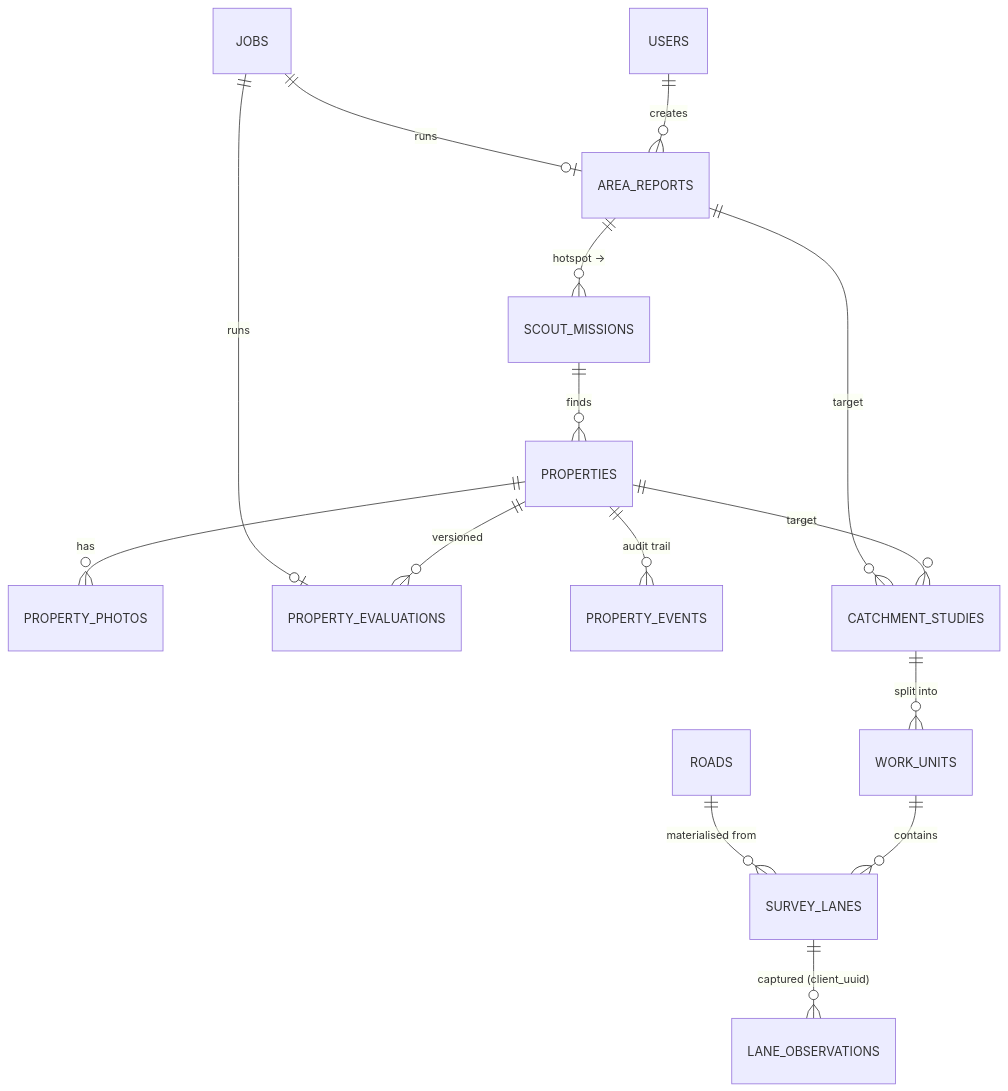
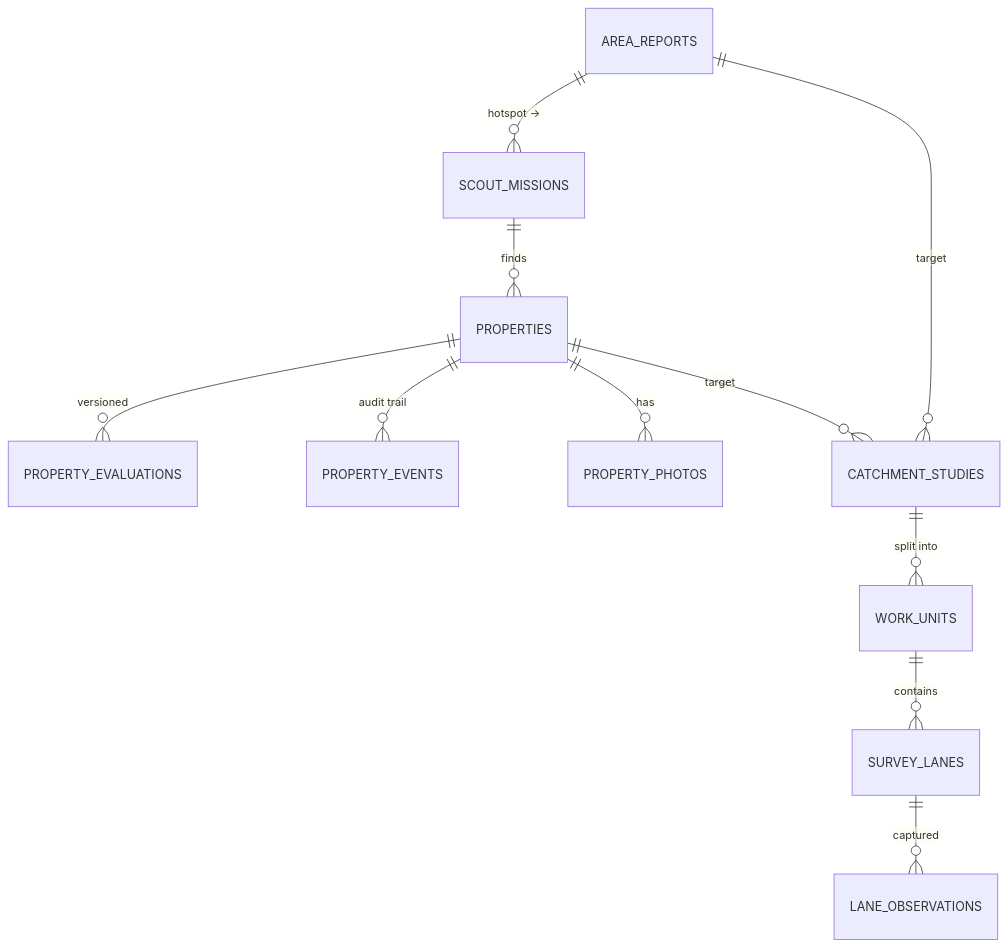
Before and after one commit to DurgaNandhini26/savomart-fullstack-hackathon-2026: the second of 2 diagrams in README.md, drawn with Mermaid. The commit also changed other lines of this file and 6 other files, not shown here.

````diff
--- a/README.md
+++ b/README.md
@@ -124,17 +106,13 @@
 ```mermaid
 erDiagram
-  USERS ||--o{ AREA_REPORTS : creates
   AREA_REPORTS ||--o{ SCOUT_MISSIONS : "hotspot →"
   SCOUT_MISSIONS ||--o{ PROPERTIES : finds
+  PROPERTIES ||--o{ PROPERTY_EVALUATIONS : versioned
+  PROPERTIES ||--o{ PROPERTY_EVENTS : "audit trail"
   PROPERTIES ||--o{ PROPERTY_PHOTOS : has
-  PROPERTIES ||--o{ PROPERTY_EVALUATIONS : "versioned"
-  PROPERTIES ||--o{ PROPERTY_EVENTS : "audit trail"
-  PROPERTIES ||--o{ CATCHMENT_STUDIES : "target"
-  AREA_REPORTS ||--o{ CATCHMENT_STUDIES : "target"
+  PROPERTIES ||--o{ CATCHMENT_STUDIES : target
+  AREA_REPORTS ||--o{ CATCHMENT_STUDIES : target
   CATCHMENT_STUDIES ||--o{ WORK_UNITS : "split into"
   WORK_UNITS ||--o{ SURVEY_LANES : contains
-  SURVEY_LANES ||--o{ LANE_OBSERVATIONS : "captured (client_uuid)"
-  ROADS ||--o{ SURVEY_LANES : "materialised from"
-  JOBS ||--o| AREA_REPORTS : runs
-  JOBS ||--o| PROPERTY_EVALUATIONS : runs
+  SURVEY_LANES ||--o{ LANE_OBSERVATIONS : captured
 ```
````
